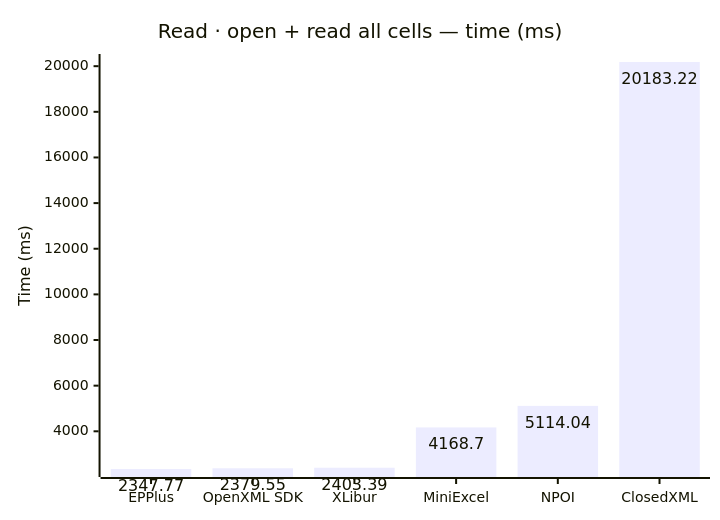
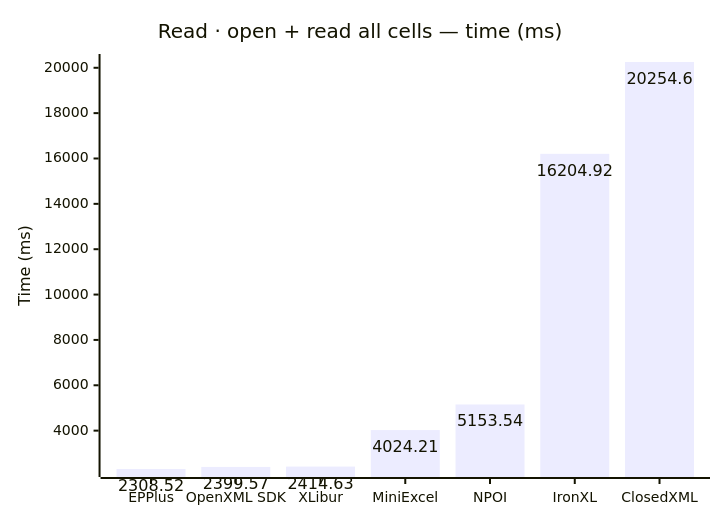
Before and after one commit to jafin/XLBench: the third of 8 diagrams in docs/results.md, drawn with Mermaid. The commit also changed other lines of this file and 17 other files, not shown here.

````diff
--- a/docs/results.md
+++ b/docs/results.md
@@ -60,12 +61,12 @@
 ```mermaid
 ---
 config:
   xyChart:
     showDataLabel: true
 ---
 xychart-beta
     title "Read · open + read all cells — time (ms)"
-    x-axis ["EPPlus", "OpenXML SDK", "XLibur", "MiniExcel", "NPOI", "ClosedXML"]
+    x-axis ["EPPlus", "OpenXML SDK", "XLibur", "MiniExcel", "NPOI", "IronXL", "ClosedXML"]
     y-axis "Time (ms)"
-    bar [2347.77, 2379.55, 2403.39, 4168.7, 5114.04, 20183.22]
+    bar [2308.52, 2399.57, 2414.63, 4024.21, 5153.54, 16204.92, 20254.6]
 ```
````
